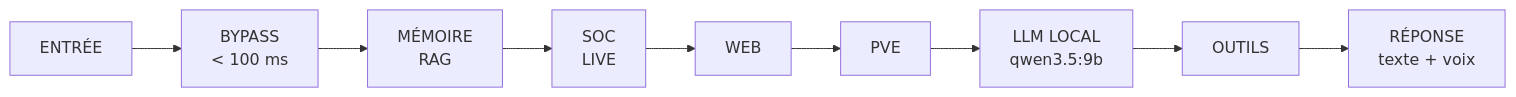
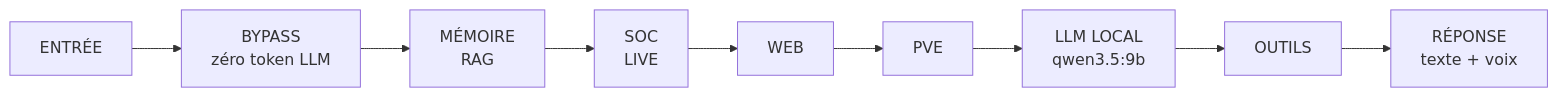
Before and after one commit to 0xCyberLiTech/JARVIS: the second of 3 diagrams in README.md, drawn with Mermaid. The commit also changed other lines of this file and 6 other files, not shown here.

````diff
--- a/README.md
+++ b/README.md
@@ -289,4 +289,4 @@
 ```mermaid
 flowchart LR
-    IN["ENTRÉE"] --> BY["BYPASS<br/>&lt; 100 ms"] --> MEM["MÉMOIRE<br/>RAG"] --> SOC["SOC<br/>LIVE"] --> WEB["WEB"] --> PVE["PVE"] --> LLM["LLM LOCAL<br/>qwen3.5:9b"] --> TL["OUTILS"] --> OUT["RÉPONSE<br/>texte + voix"]
+    IN["ENTRÉE"] --> BY["BYPASS<br/>zéro token LLM"] --> MEM["MÉMOIRE<br/>RAG"] --> SOC["SOC<br/>LIVE"] --> WEB["WEB"] --> PVE["PVE"] --> LLM["LLM LOCAL<br/>qwen3.5:9b"] --> TL["OUTILS"] --> OUT["RÉPONSE<br/>texte + voix"]
 ```
````
